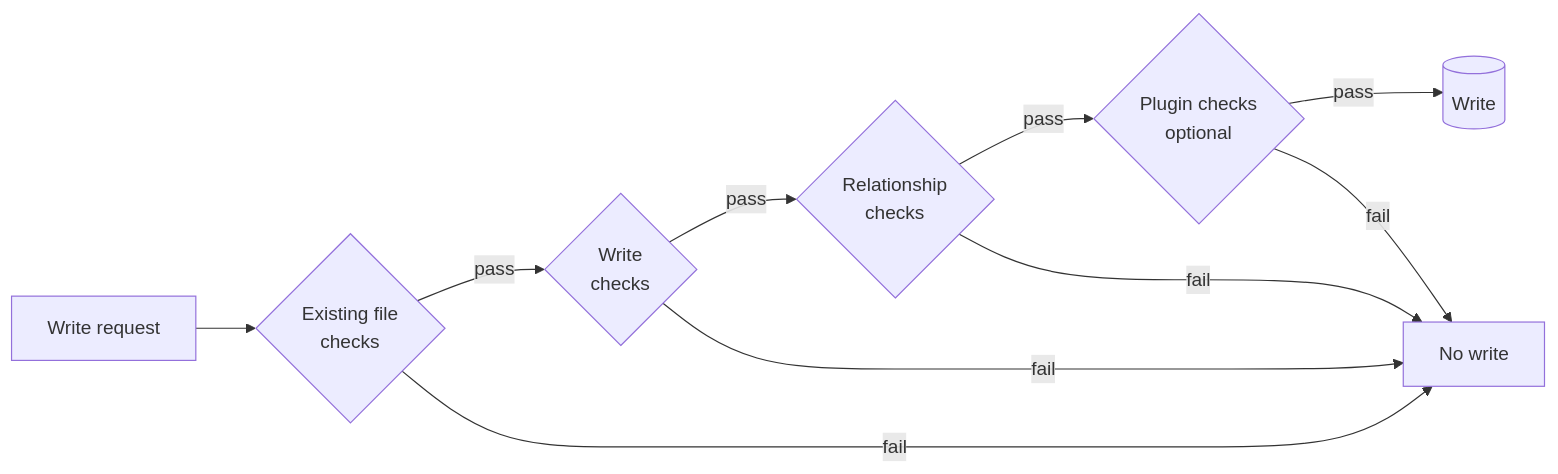
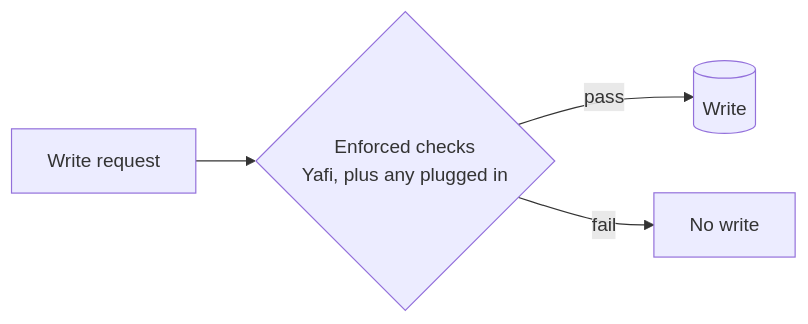
The second of 2 diagrams in README.md (bristweb/yafidb), drawn with Mermaid before and after one commit. The commit also changed 1 other file, not shown here.

Commit message:
Simplify to enforced checks

````diff
--- a/README.md
+++ b/README.md
@@ -74,12 +74,6 @@
 ```mermaid
 flowchart LR
-    R[Write request] --> E{Existing file<br/>checks}
-    E -->|pass| W{Write<br/>checks}
-    W -->|pass| L{Relationship<br/>checks}
-    L -->|pass| P{Plugin checks<br/>optional}
-    P -->|pass| F[(Write)]
-    E -->|fail| X[No write]
-    W -->|fail| X
-    L -->|fail| X
-    P -->|fail| X
+    R[Write request] --> C{Enforced checks<br/>Yafi, plus any plugged in}
+    C -->|pass| F[(Write)]
+    C -->|fail| X[No write]
 ```
````
